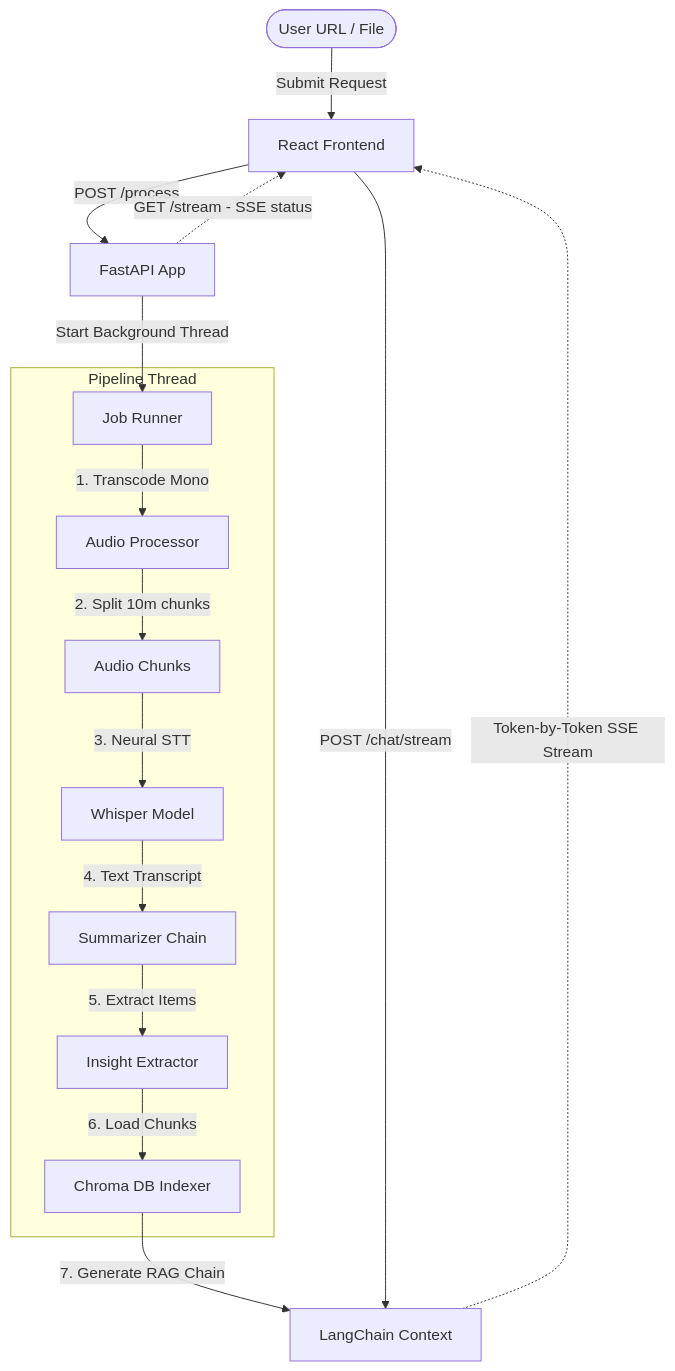
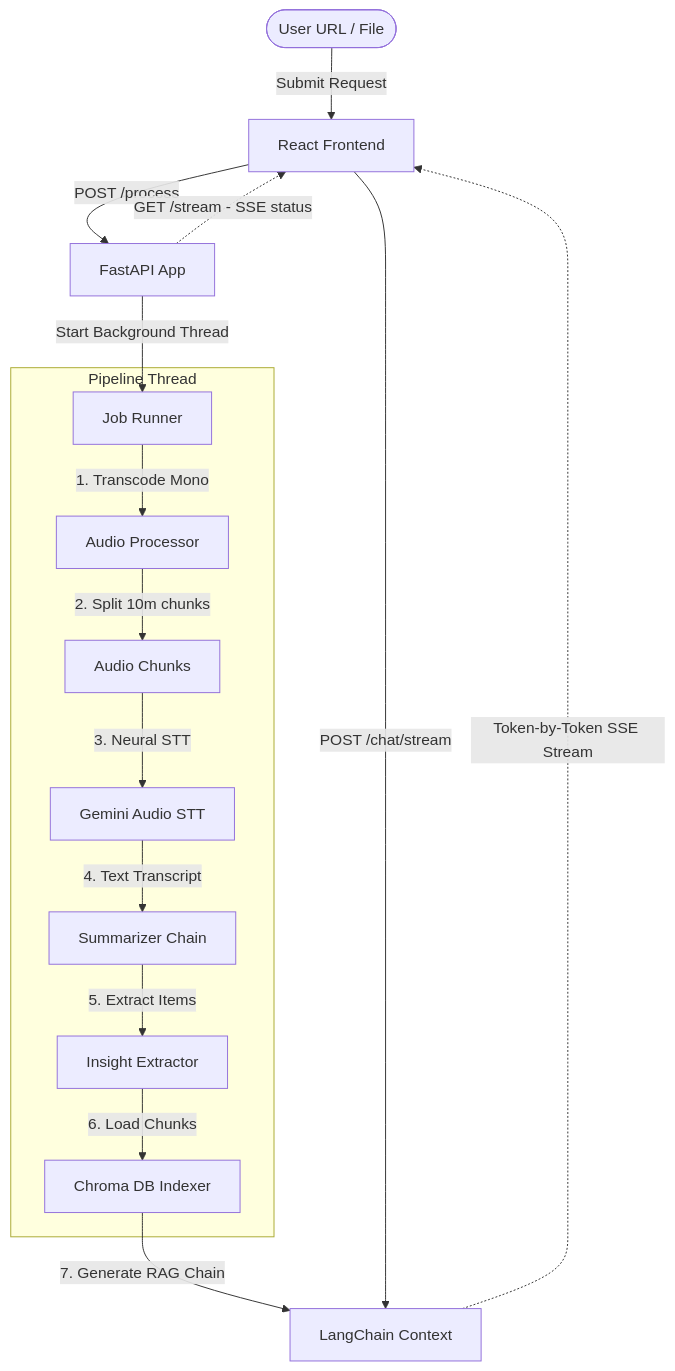
Before and after one commit to piyuskumar-dev/MeetMind-AI: the first of 2 diagrams in README.md, drawn with Mermaid. The commit also changed other lines of this file and 16 other files, not shown here.

````diff
--- a/README.md
+++ b/README.md
@@ -46,20 +46,20 @@
 ```mermaid
 graph TD
     User([User URL / File]) -->|Submit Request| React[React Frontend]
     React -->|POST /process| FastAPI[FastAPI App]
     FastAPI -->|Start Background Thread| Job[Job Runner]
     
     subgraph Pipeline Thread
         Job -->|1. Transcode Mono| Audio[Audio Processor]
         Audio -->|2. Split 10m chunks| AudioChunks[Audio Chunks]
-        AudioChunks -->|3. Neural STT| Whisper[Whisper Model]
-        Whisper -->|4. Text Transcript| Summarizer[Summarizer Chain]
+        AudioChunks -->|3. Neural STT| GeminiSTT[Gemini Audio STT]
+        GeminiSTT -->|4. Text Transcript| Summarizer[Summarizer Chain]
         Summarizer -->|5. Extract Items| Extractor[Insight Extractor]
         Extractor -->|6. Load Chunks| VectorDB[Chroma DB Indexer]
     end
     
     FastAPI -.->|GET /stream - SSE status| React
     VectorDB -->|7. Generate RAG Chain| RAGChain[LangChain Context]
     React -->|POST /chat/stream| RAGChain
     RAGChain -.->|Token-by-Token SSE Stream| React
 ```
````
